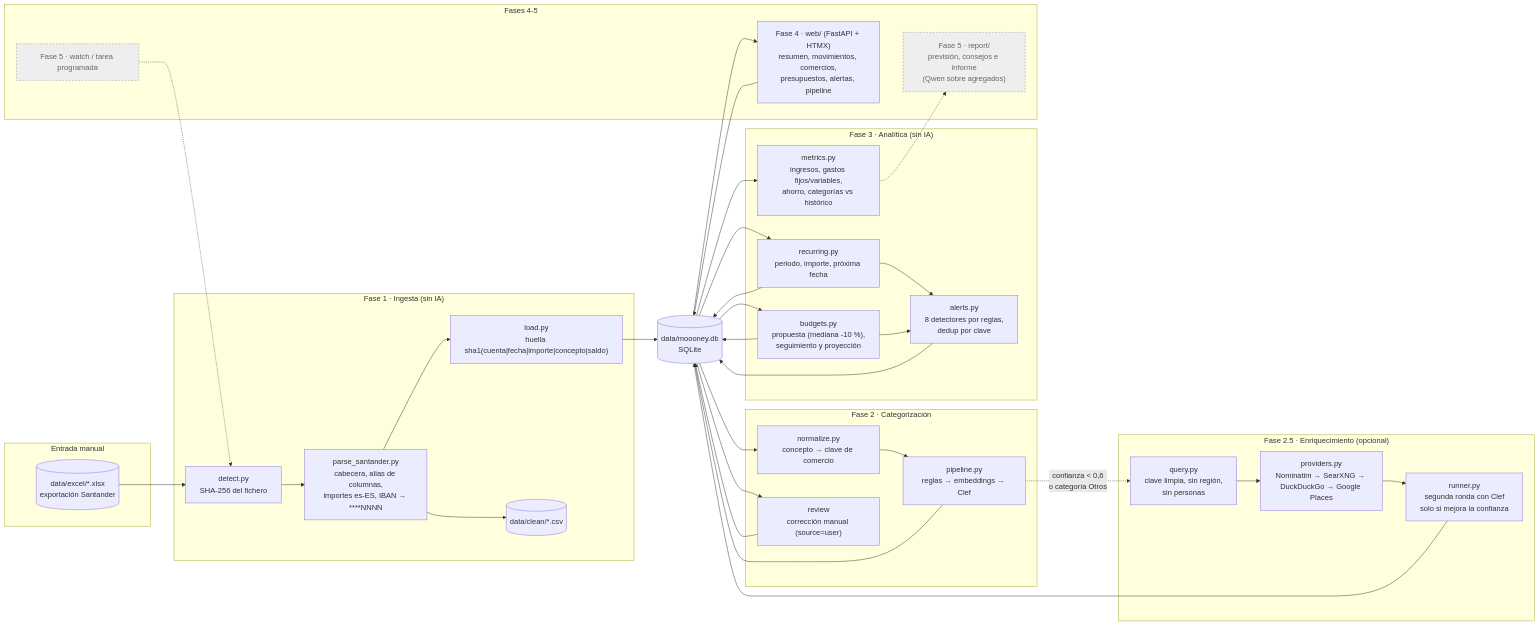
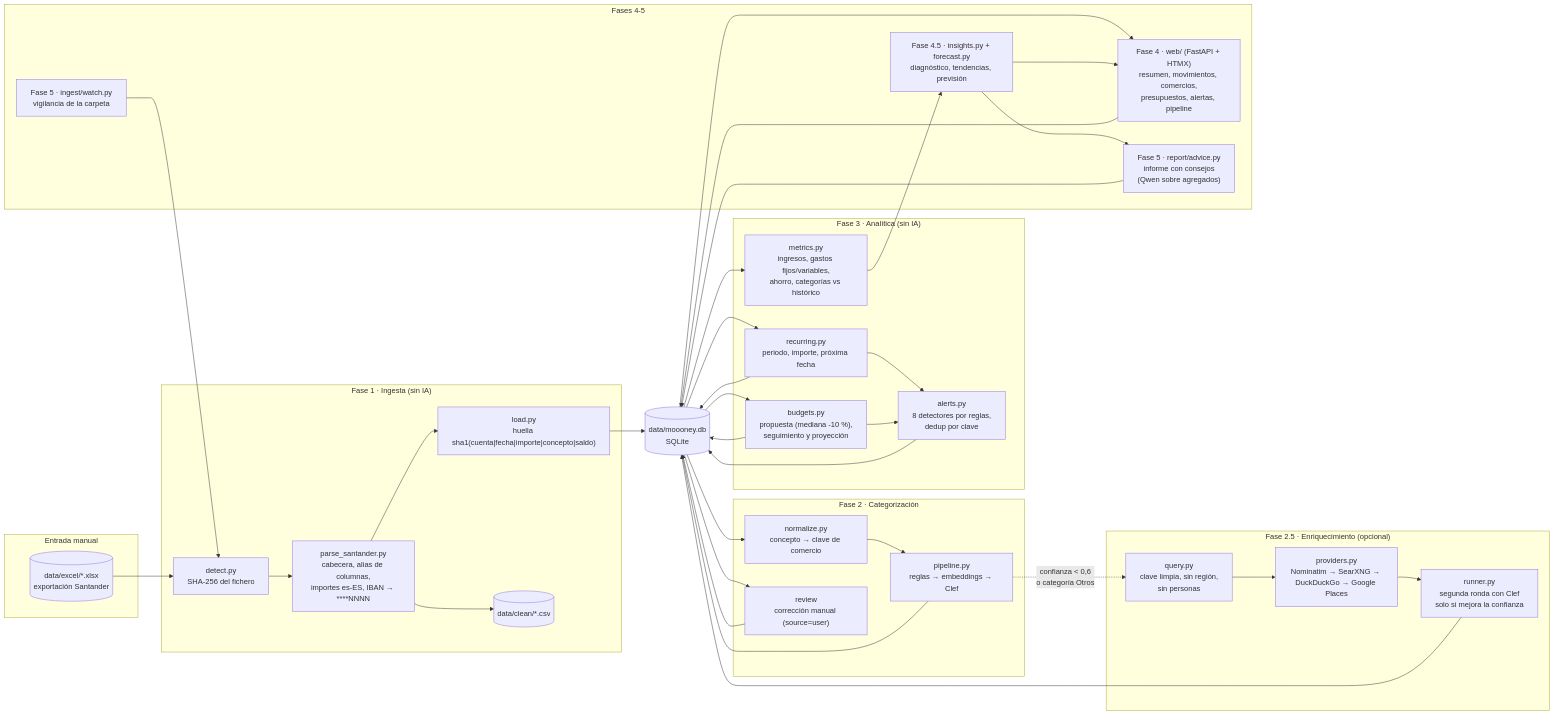
Before and after one commit to scavero/moooney: the first of 4 diagrams in docs/ARQUITECTURA.md, drawn with Mermaid. The commit also changed other lines of this file and 24 other files, not shown here.

First line of the commit message:
feat: fase 5, docker compose, informe mensual con consejos del modelo y vigilancia de la carpeta

````diff
--- a/docs/ARQUITECTURA.md
+++ b/docs/ARQUITECTURA.md
@@ -12,57 +12,59 @@
 ```mermaid
 flowchart LR
     subgraph entrada["Entrada manual"]
         XLSX[("data/excel/*.xlsx<br/>exportación Santander")]
     end
 
     subgraph f1["Fase 1 · Ingesta (sin IA)"]
         DETECT["detect.py<br/>SHA-256 del fichero"]
         PARSE["parse_santander.py<br/>cabecera, alias de columnas,<br/>importes es-ES, IBAN → ****NNNN"]
         LOAD["load.py<br/>huella sha1(cuenta|fecha|importe|concepto|saldo)"]
         CSV[("data/clean/*.csv")]
     end
 
     subgraph f2["Fase 2 · Categorización"]
         NORM["normalize.py<br/>concepto → clave de comercio"]
         CASCADE["pipeline.py<br/>reglas → embeddings → Clef"]
         REVIEW["review<br/>corrección manual (source=user)"]
     end
 
     subgraph f25["Fase 2.5 · Enriquecimiento (opcional)"]
         QUERY["query.py<br/>clave limpia, sin región,<br/>sin personas"]
         PROV["providers.py<br/>Nominatim → SearXNG → DuckDuckGo → Google Places"]
         ROUND2["runner.py<br/>segunda ronda con Clef<br/>solo si mejora la confianza"]
     end
 
     subgraph f3["Fase 3 · Analítica (sin IA)"]
         RECUR["recurring.py<br/>periodo, importe, próxima fecha"]
         METRICS["metrics.py<br/>ingresos, gastos fijos/variables,<br/>ahorro, categorías vs histórico"]
         BUDGET["budgets.py<br/>propuesta (mediana -10 %),<br/>seguimiento y proyección"]
         ALERTS["alerts.py<br/>8 detectores por reglas,<br/>dedup por clave"]
     end
 
     subgraph f45["Fases 4-5"]
         GUI["Fase 4 · web/ (FastAPI + HTMX)<br/>resumen, movimientos, comercios,<br/>presupuestos, alertas, pipeline"]
-        REPORT["Fase 5 · report/<br/>previsión, consejos e informe<br/>(Qwen sobre agregados)"]:::todo
-        WATCH["Fase 5 · watch / tarea programada"]:::todo
+        INS["Fase 4.5 · insights.py + forecast.py<br/>diagnóstico, tendencias, previsión"]
+        REPORT["Fase 5 · report/advice.py<br/>informe con consejos<br/>(Qwen sobre agregados)"]
+        WATCH["Fase 5 · ingest/watch.py<br/>vigilancia de la carpeta"]
     end
 
     DB[("data/moooney.db<br/>SQLite")]
 
     XLSX --> DETECT --> PARSE --> LOAD
     PARSE --> CSV
     LOAD --> DB
     DB --> NORM --> CASCADE --> DB
     DB --> REVIEW --> DB
     CASCADE -. "confianza < 0,6<br/>o categoría Otros" .-> QUERY --> PROV --> ROUND2 --> DB
     DB --> RECUR --> DB
     DB --> METRICS
     DB --> BUDGET --> DB
     RECUR --> ALERTS
     BUDGET --> ALERTS --> DB
     DB --> GUI --> DB
-    METRICS -.-> REPORT
-    WATCH -.-> DETECT
+    METRICS --> INS --> GUI
+    INS --> REPORT --> DB
+    WATCH --> DETECT
 
     classDef todo fill:#eee,stroke:#999,color:#666,stroke-dasharray: 4 3
 ```
````
